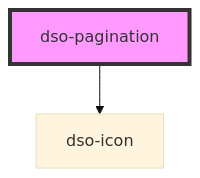
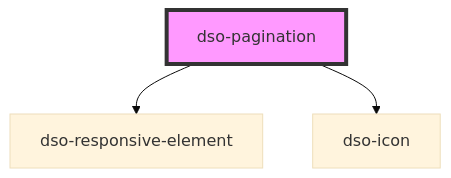
Before and after one commit to dso-toolkit/dso-toolkit: the diagram in packages/core/src/components/pagination/readme.md, drawn with Mermaid (base theme). The commit also changed other lines of this file and 6 other files, not shown here.

````diff
--- a/packages/core/src/components/pagination/readme.md
+++ b/packages/core/src/components/pagination/readme.md
@@ -31,5 +32,6 @@
 ```mermaid
 graph TD;
+  dso-pagination --> dso-responsive-element
   dso-pagination --> dso-icon
   style dso-pagination fill:#f9f,stroke:#333,stroke-width:4px
 ```
````
